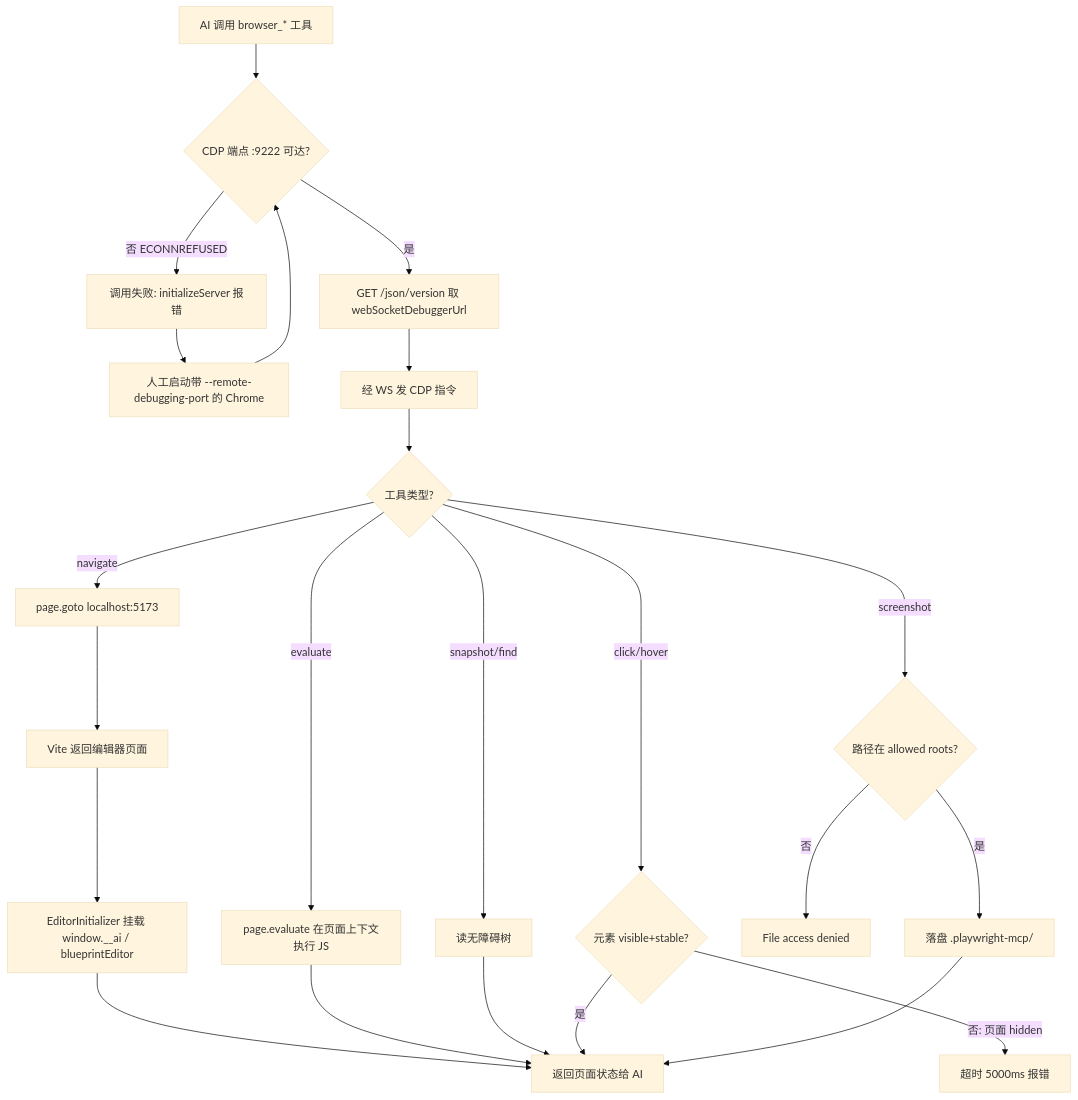
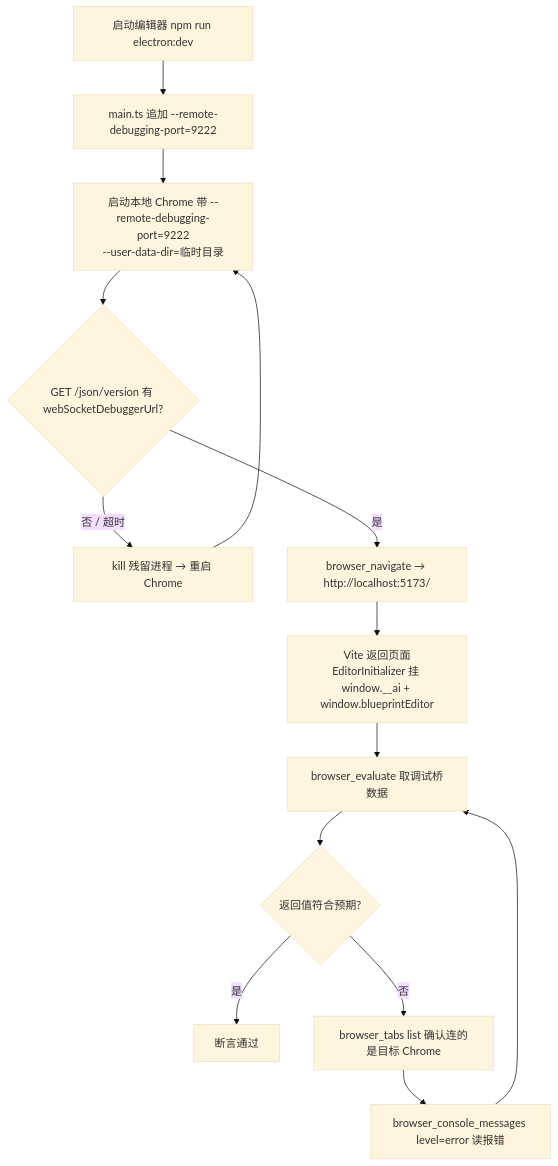
The diagram in doc/testing/playwright_mcp_commands.md (Kaplc/DemoStudio), drawn with Mermaid (base theme) before and after one commit. The commit also changed other lines of this file and 38 other files, not shown here.

````diff
--- a/doc/testing/playwright_mcp_commands.md
+++ b/doc/testing/playwright_mcp_commands.md
@@ -194,25 +80,16 @@
 ```mermaid
 flowchart TD
-    A["AI 调用 browser_* 工具"] --> B{"CDP 端点 :9222 可达?"}
-    B -- "否 ECONNREFUSED" --> B1["调用失败: initializeServer 报错"]
-    B1 --> B2["人工启动带 --remote-debugging-port 的 Chrome"]
-    B2 --> B
-    B -- "是" --> C["GET /json/version 取 webSocketDebuggerUrl"]
-    C --> D["经 WS 发 CDP 指令"]
-    D --> E{"工具类型?"}
-    E -- "navigate" --> F1["page.goto localhost:5173"]
-    E -- "evaluate" --> F2["page.evaluate 在页面上下文执行 JS"]
-    E -- "snapshot/find" --> F3["读无障碍树"]
-    E -- "click/hover" --> F4{"元素 visible+stable?"}
-    E -- "screenshot" --> F5{"路径在 allowed roots?"}
-    F1 --> G["Vite 返回编辑器页面"]
-    G --> H["EditorInitializer 挂载 window.__ai / blueprintEditor"]
-    H --> I["返回页面状态给 AI"]
-    F2 --> I
-    F3 --> I
-    F4 -- "否: 页面 hidden" --> F4a["超时 5000ms 报错"]
-    F4 -- "是" --> I
-    F5 -- "否" --> F5a["File access denied"]
-    F5 -- "是" --> F5b["落盘 .playwright-mcp/"]
-    F5b --> I
+    A["启动编辑器 npm run electron:dev"] --> B["main.ts 追加 --remote-debugging-port=9222"]
+    B --> C["启动本地 Chrome 带 --remote-debugging-port=9222<br/>--user-data-dir=临时目录"]
+    C --> D{"GET /json/version 有 webSocketDebuggerUrl?"}
+    D -- "否 / 超时" --> D1["kill 残留进程 → 重启 Chrome"]
+    D1 --> C
+    D -- "是" --> E["browser_navigate → http://localhost:5173/"]
+    E --> F["Vite 返回页面<br/>EditorInitializer 挂 window.__ai + window.blueprintEditor"]
+    F --> G["browser_evaluate 取调试桥数据"]
+    G --> H{"返回值符合预期?"}
+    H -- "是" --> I["断言通过"]
+    H -- "否" --> J["browser_tabs list 确认连的是目标 Chrome"]
+    J --> K["browser_console_messages level=error 读报错"]
+    K --> G
 ```
````
